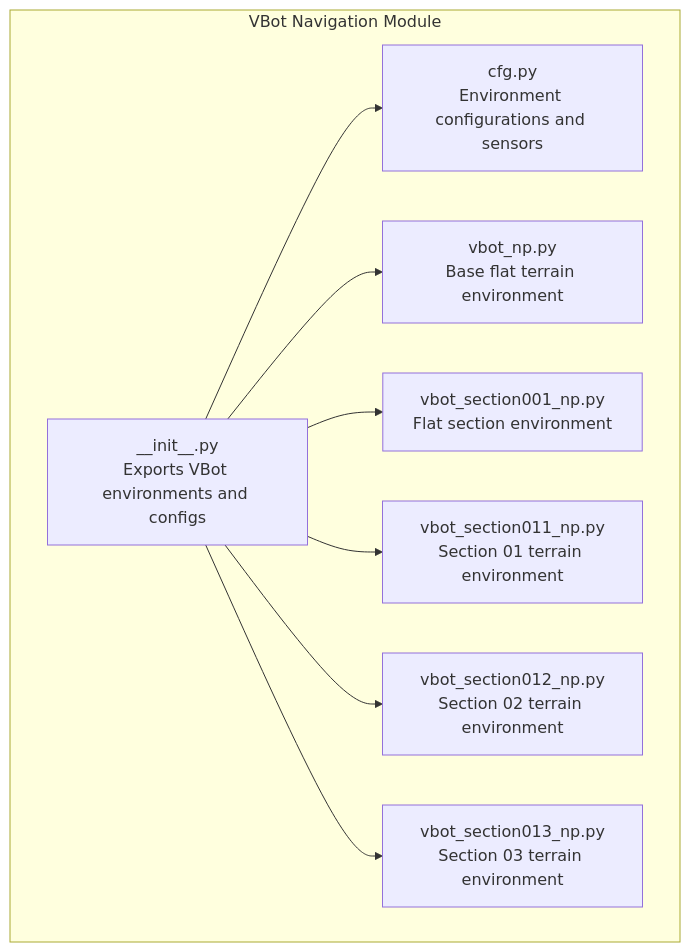
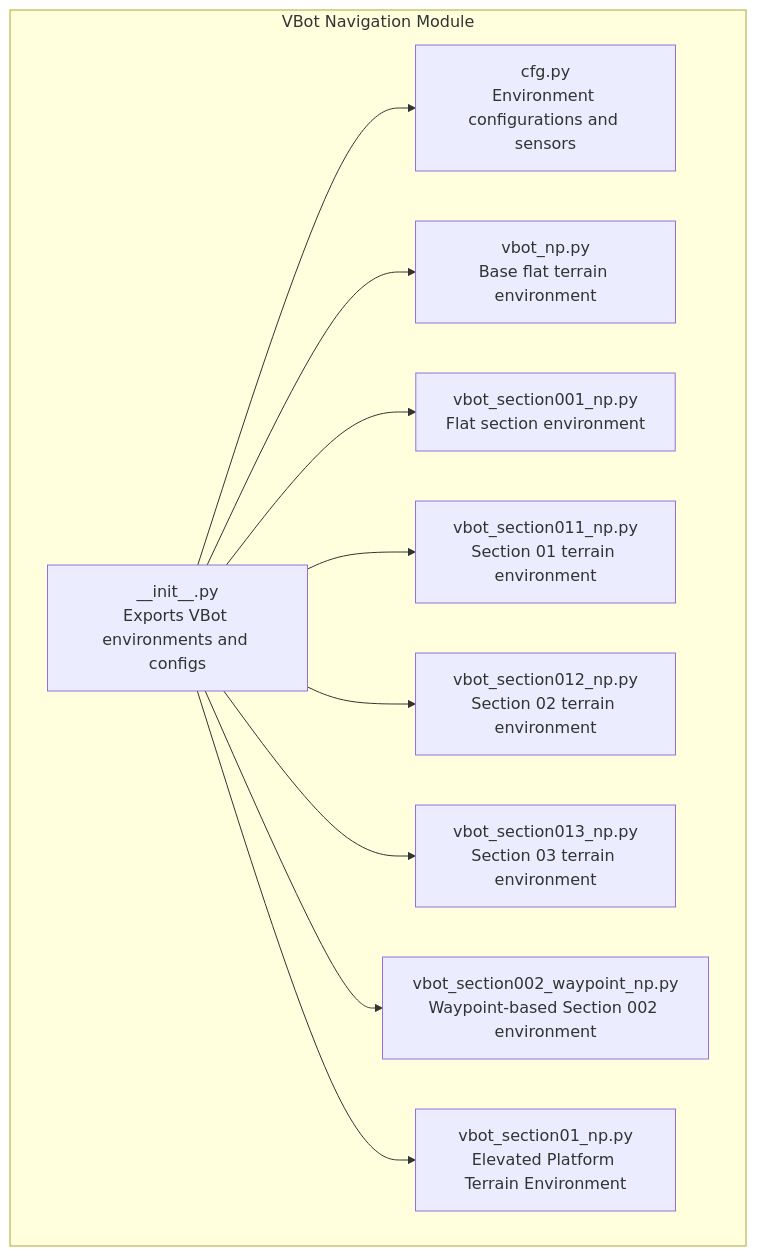
Before and after one commit to jayjayhust/MotrixLab: the first of 11 diagrams in .qoder/repowiki/en/content/Navigation Environments/VBot Navigation/VBot Navigation.md, drawn with Mermaid. The commit also changed other lines of this file and 27 other files, not shown here.

````diff
--- a/.qoder/repowiki/en/content/Navigation Environments/VBot Navigation/VBot Navigation.md
+++ b/.qoder/repowiki/en/content/Navigation Environments/VBot Navigation/VBot Navigation.md
@@ -33,18 +58,22 @@
 ```mermaid
 graph TB
 subgraph "VBot Navigation Module"
 A["__init__.py<br/>Exports VBot environments and configs"]
 B["cfg.py<br/>Environment configurations and sensors"]
 C["vbot_np.py<br/>Base flat terrain environment"]
 D["vbot_section001_np.py<br/>Flat section environment"]
 E["vbot_section011_np.py<br/>Section 01 terrain environment"]
 F["vbot_section012_np.py<br/>Section 02 terrain environment"]
 G["vbot_section013_np.py<br/>Section 03 terrain environment"]
+H["vbot_section002_waypoint_np.py<br/>Waypoint-based Section 002 environment"]
+I["vbot_section01_np.py<br/>Elevated Platform Terrain Environment"]
 end
 A --> B
 A --> C
 A --> D
 A --> E
 A --> F
 A --> G
+A --> H
+A --> I
 ```
````
